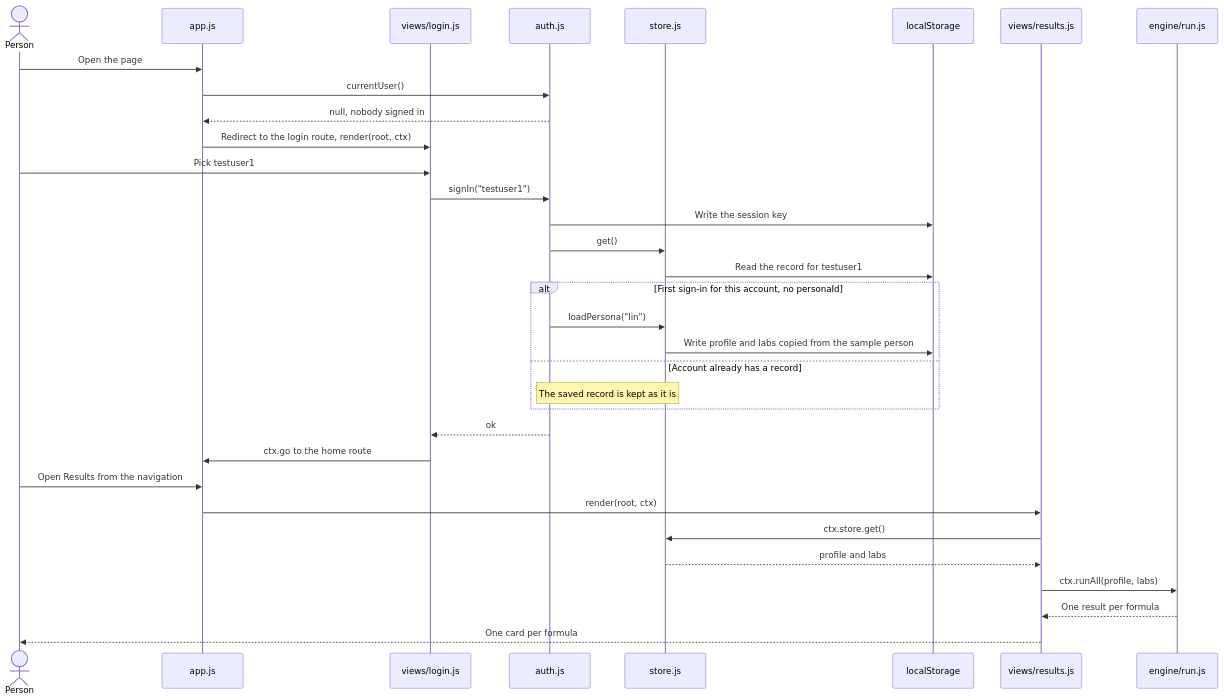
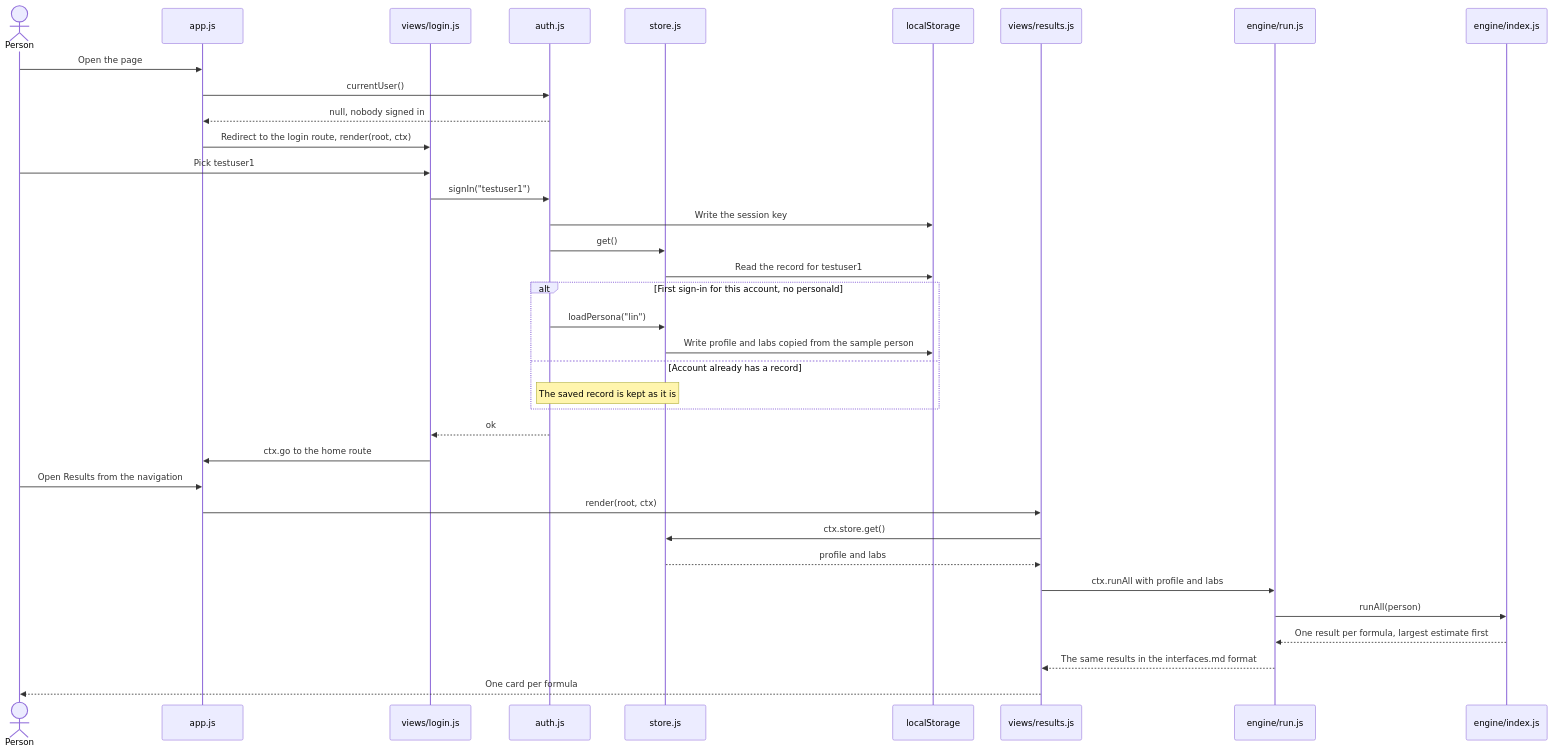
One commit to tingwei161803/unify-risk changed the fifth of 7 diagrams in docs/architecture.md. Above: the diagram before and after it, drawn with Mermaid. The commit also changed other lines of this file and 1 other file, not shown here.

First line of the commit message:
Refresh the architecture overview to match main

````diff
--- a/docs/architecture.md
+++ b/docs/architecture.md
@@ -160,36 +195,39 @@
 ```mermaid
 sequenceDiagram
     actor Person
     participant Router as app.js
     participant Login as views/login.js
     participant Auth as auth.js
     participant Store as store.js
     participant LS as localStorage
     participant Results as views/results.js
-    participant Engine as engine/run.js
+    participant Run as engine/run.js
+    participant Engine as engine/index.js
 
     Person->>Router: Open the page
     Router->>Auth: currentUser()
     Auth-->>Router: null, nobody signed in
     Router->>Login: Redirect to the login route, render(root, ctx)
     Person->>Login: Pick testuser1
     Login->>Auth: signIn("testuser1")
     Auth->>LS: Write the session key
     Auth->>Store: get()
     Store->>LS: Read the record for testuser1
     alt First sign-in for this account, no personaId
         Auth->>Store: loadPersona("lin")
         Store->>LS: Write profile and labs copied from the sample person
     else Account already has a record
         Note over Auth,Store: The saved record is kept as it is
     end
     Auth-->>Login: ok
     Login->>Router: ctx.go to the home route
     Person->>Router: Open Results from the navigation
     Router->>Results: render(root, ctx)
     Results->>Store: ctx.store.get()
     Store-->>Results: profile and labs
-    Results->>Engine: ctx.runAll(profile, labs)
-    Engine-->>Results: One result per formula
+    Results->>Run: ctx.runAll with profile and labs
+    Run->>Engine: runAll(person)
+    Engine-->>Run: One result per formula, largest estimate first
+    Run-->>Results: The same results in the interfaces.md format
     Results-->>Person: One card per formula
 ```
````
